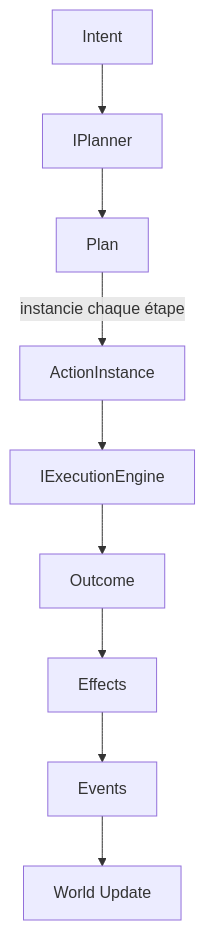
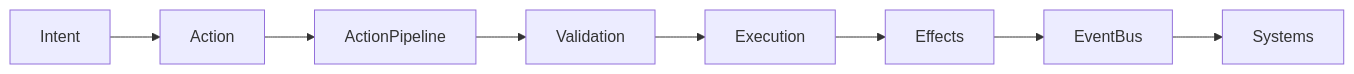
Before and after one commit to leseke/CHRONIQUES: the first of 3 diagrams in ENGINE/ENGINE-006-ActionPipeline.md, drawn with Mermaid. The commit also changed other lines of this file, not shown here.

````diff
--- a/ENGINE/ENGINE-006-ActionPipeline.md
+++ b/ENGINE/ENGINE-006-ActionPipeline.md
@@ -208,12 +49,24 @@
 ```mermaid
-flowchart TD
+flowchart LR
 
-Intent --> IPlanner
-IPlanner --> Plan
-Plan -->|instancie chaque étape| ActionInstance
-ActionInstance --> IExecutionEngine
-IExecutionEngine --> Outcome
-Outcome --> Effects
-Effects --> Events
-Events --> WorldUpdate[World Update]
+Intent
+    --> Action
+
+Action
+    --> ActionPipeline
+
+ActionPipeline
+    --> Validation
+
+Validation
+    --> Execution
+
+Execution
+    --> Effects
+
+Effects
+    --> EventBus
+
+EventBus
+    --> Systems
 ```
````
